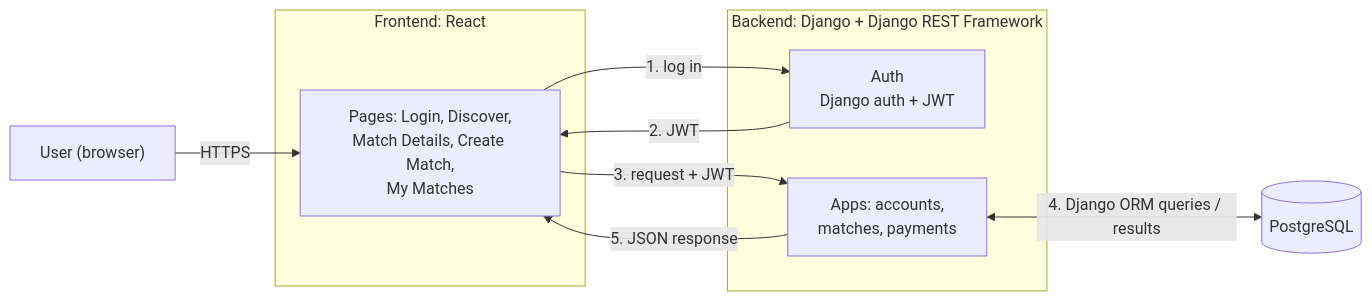
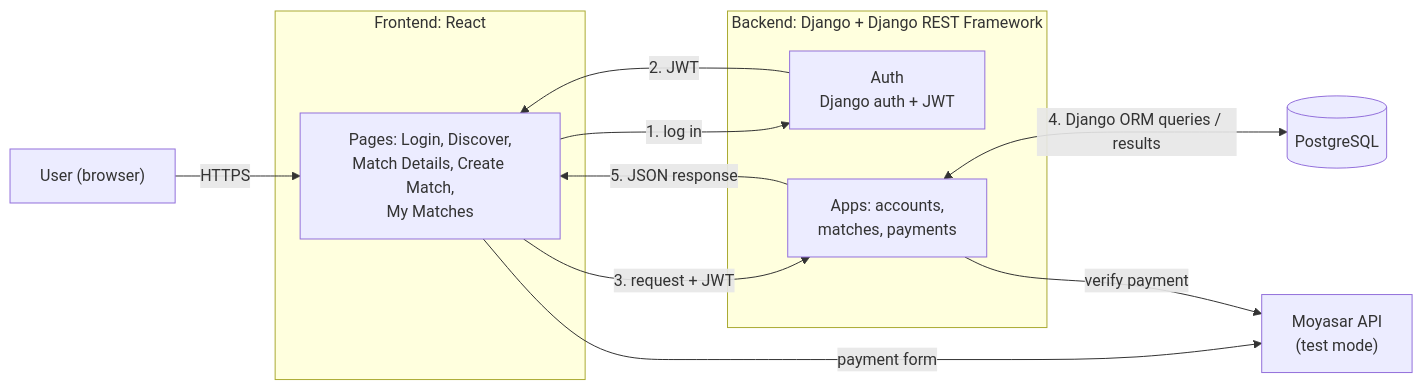
One commit to rywma/Wesal changed the first of 6 diagrams in stage3/readme.md. Above: the diagram before and after it, drawn with Mermaid. The commit also changed other lines of this file, not shown here.

````diff
--- a/stage3/readme.md
+++ b/stage3/readme.md
@@ -91,21 +91,24 @@
 ```mermaid
 flowchart LR
     User["User (browser)"] -->|HTTPS| FE
 
     subgraph Frontend["Frontend: React"]
         FE["Pages: Login, Discover,<br/>Match Details, Create Match,<br/>My Matches"]
     end
 
     subgraph Backend["Backend: Django + Django REST Framework"]
         AUTH["Auth<br/>Django auth + JWT"]
         APPS["Apps: accounts,<br/>matches, payments"]
     end
 
     DB[("PostgreSQL")]
+    MOY["Moyasar API<br/>(test mode)"]
 
     FE -->|"1. log in"| AUTH
     AUTH -->|"2. JWT"| FE
     FE -->|"3. request + JWT"| APPS
     APPS <-->|"4. Django ORM queries / results"| DB
     APPS -->|"5. JSON response"| FE
+    FE -->|"payment form"| MOY
+    APPS -->|"verify payment"| MOY
 ```
````
